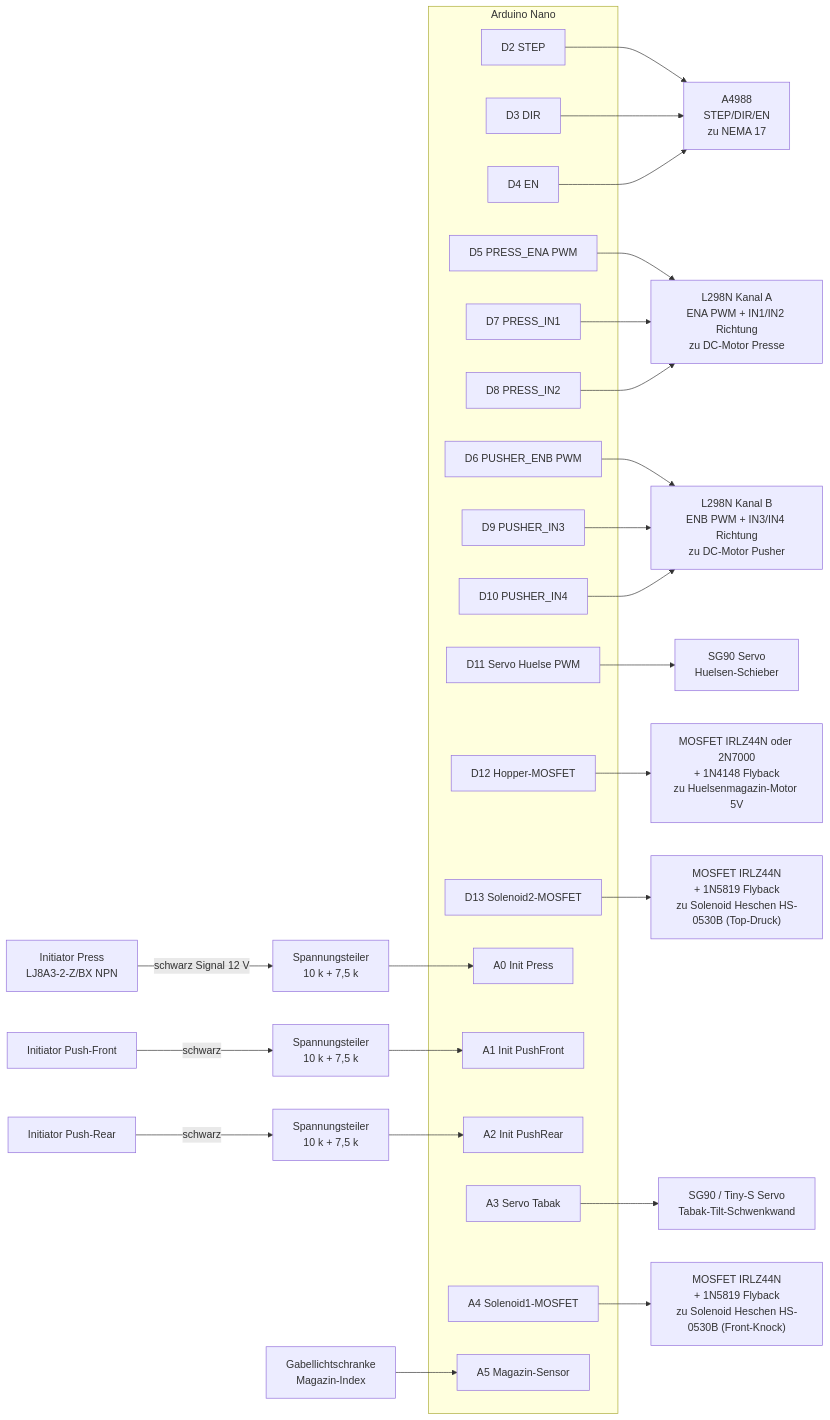
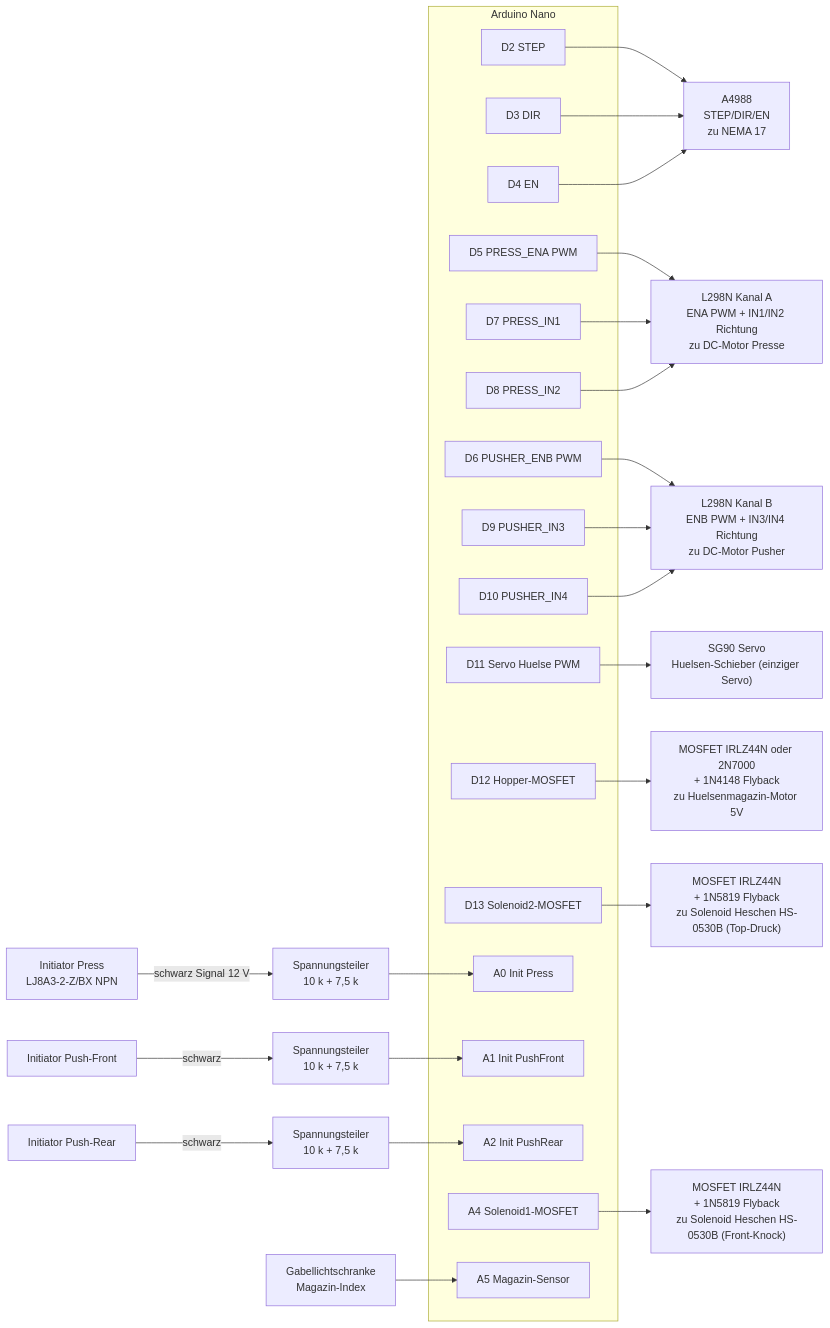
Before and after one commit to JohnsonRepo/stopf: the second of 3 diagrams in docs/wiring.md, drawn with Mermaid. The commit also changed other lines of this file and 6 other files, not shown here.

````diff
--- a/docs/wiring.md
+++ b/docs/wiring.md
@@ -259,52 +259,50 @@
 ```mermaid
 flowchart LR
     subgraph NANO [Arduino Nano]
         D2["D2 STEP"]
         D3["D3 DIR"]
         D4["D4 EN"]
         D5["D5 PRESS_ENA PWM"]
         D6["D6 PUSHER_ENB PWM"]
         D7["D7 PRESS_IN1"]
         D8["D8 PRESS_IN2"]
         D9["D9 PUSHER_IN3"]
         D10["D10 PUSHER_IN4"]
         D11["D11 Servo Huelse PWM"]
         D12["D12 Hopper-MOSFET"]
         D13["D13 Solenoid2-MOSFET"]
         A0["A0 Init Press"]
         A1["A1 Init PushFront"]
         A2["A2 Init PushRear"]
-        A3["A3 Servo Tabak"]
         A4["A4 Solenoid1-MOSFET"]
         A5["A5 Magazin-Sensor"]
     end
 
     D2 --> A4988["A4988<br/>STEP/DIR/EN<br/>zu NEMA 17"]
     D3 --> A4988
     D4 --> A4988
 
     D5 --> L298N_A["L298N Kanal A<br/>ENA PWM + IN1/IN2 Richtung<br/>zu DC-Motor Presse"]
     D7 --> L298N_A
     D8 --> L298N_A
 
     D6 --> L298N_B["L298N Kanal B<br/>ENB PWM + IN3/IN4 Richtung<br/>zu DC-Motor Pusher"]
     D9 --> L298N_B
     D10 --> L298N_B
 
-    D11 --> SERVO["SG90 Servo<br/>Huelsen-Schieber"]
-    A3 --> TABAK["SG90 / Tiny-S Servo<br/>Tabak-Tilt-Schwenkwand"]
+    D11 --> SERVO["SG90 Servo<br/>Huelsen-Schieber (einziger Servo)"]
 
     A4 --> MOS1["MOSFET IRLZ44N<br/>+ 1N5819 Flyback<br/>zu Solenoid Heschen HS-0530B (Front-Knock)"]
     D13 --> MOS2["MOSFET IRLZ44N<br/>+ 1N5819 Flyback<br/>zu Solenoid Heschen HS-0530B (Top-Druck)"]
     D12 --> MOS3["MOSFET IRLZ44N oder 2N7000<br/>+ 1N4148 Flyback<br/>zu Huelsenmagazin-Motor 5V"]
 
     DIV1["Spannungsteiler<br/>10 k + 7,5 k"] --> A0
     DIV2["Spannungsteiler<br/>10 k + 7,5 k"] --> A1
     DIV3["Spannungsteiler<br/>10 k + 7,5 k"] --> A2
 
     INIT_P["Initiator Press<br/>LJ8A3-2-Z/BX NPN"] -->|schwarz Signal 12 V| DIV1
     INIT_PF["Initiator Push-Front"] -->|schwarz| DIV2
     INIT_PR["Initiator Push-Rear"] -->|schwarz| DIV3
 
     OPTO["Gabellichtschranke<br/>Magazin-Index"] --> A5
 ```
````
